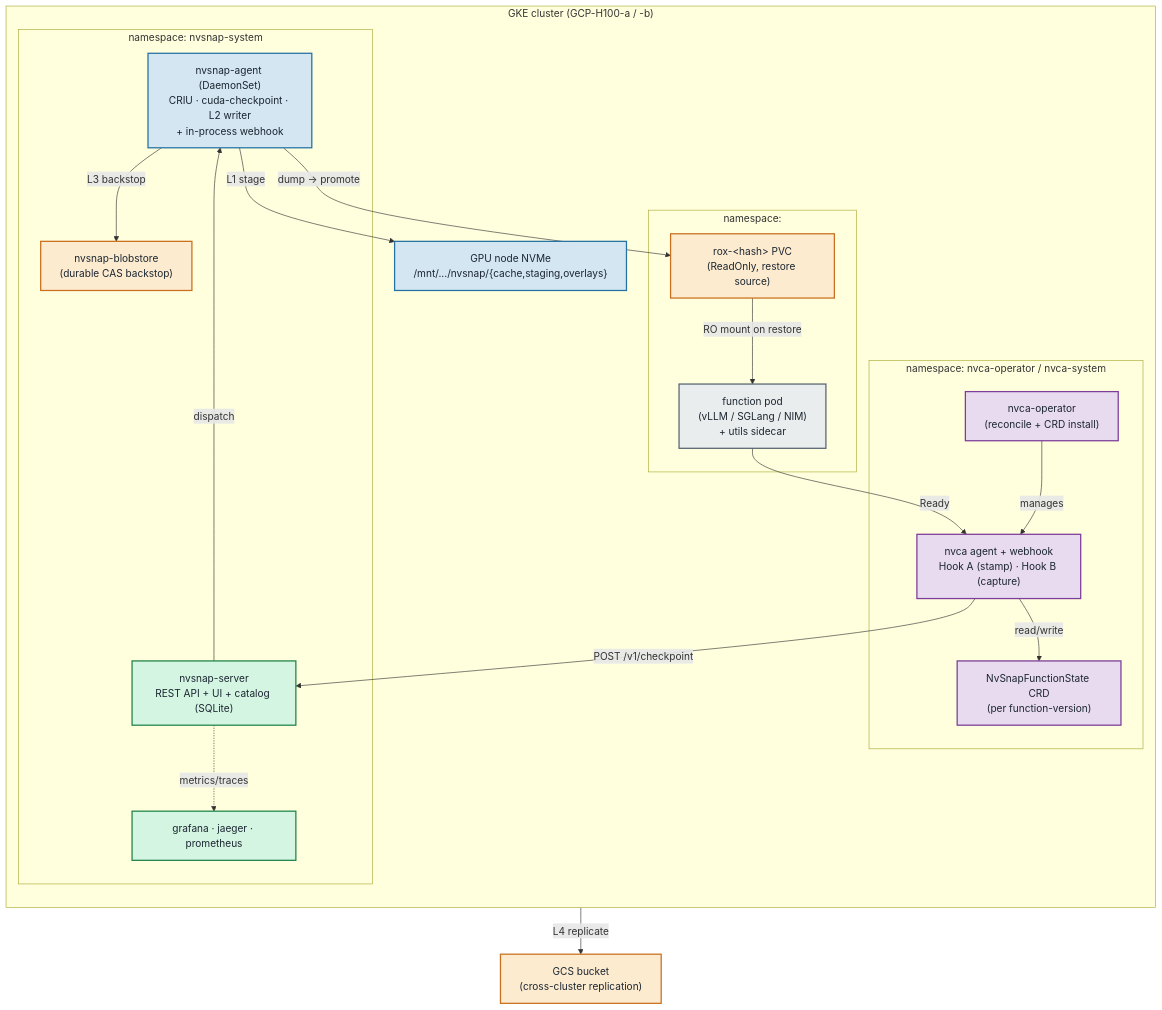
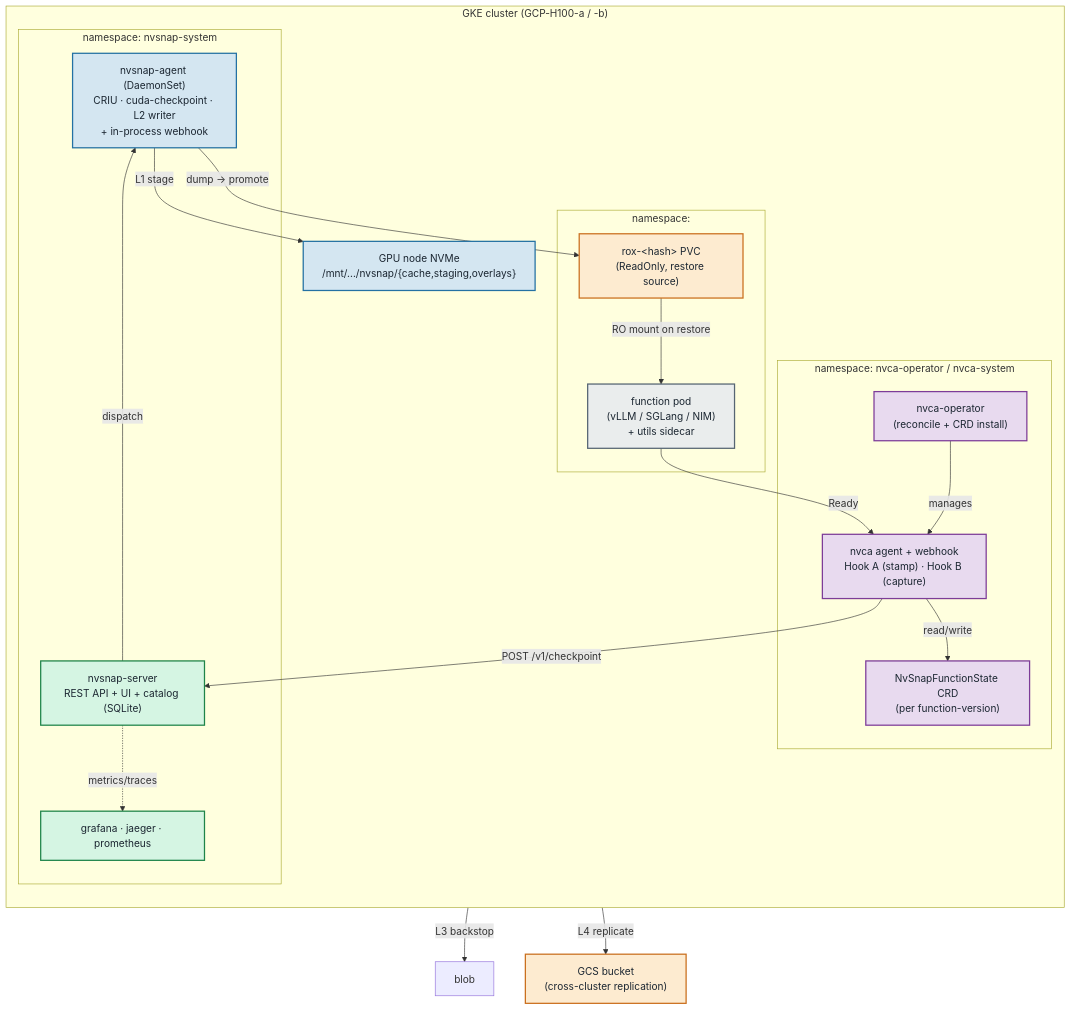
The first of 6 diagrams in src/compute-plane-services/nvsnap/docs/architecture/NVSNAP-ARCHITECTURE.md (NVIDIA/nvcf), drawn with Mermaid before and after one commit. The commit also changed other lines of this file and 42 other files, not shown here.

First line of the commit message:
refactor(nvsnap): remove the blobstore tier

````diff
--- a/src/compute-plane-services/nvsnap/docs/architecture/NVSNAP-ARCHITECTURE.md
+++ b/src/compute-plane-services/nvsnap/docs/architecture/NVSNAP-ARCHITECTURE.md
@@ -22,41 +22,40 @@
 ```mermaid
 flowchart TB
     subgraph cluster["GKE cluster (GCP-H100-a / -b)"]
         direction TB
         subgraph wl["namespace: <your workload namespace>"]
             fpod["function pod<br/>(vLLM / SGLang / NIM)<br/>+ utils sidecar"]:::ext
             rox["rox-&lt;hash&gt; PVC<br/>(ReadOnly, restore source)"]:::store
         end
         subgraph nvca["namespace: nvca-operator / nvca-system"]
             op["nvca-operator<br/>(reconcile + CRD install)"]:::nvca
             agentw["nvca agent + webhook<br/>Hook A (stamp) · Hook B (capture)"]:::nvca
             cfs["NvSnapFunctionState CRD<br/>(per function-version)"]:::nvca
         end
         subgraph sys["namespace: nvsnap-system"]
             ds["nvsnap-agent (DaemonSet)<br/>CRIU · cuda-checkpoint · L2 writer<br/>+ in-process webhook"]:::agent
             srv["nvsnap-server<br/>REST API + UI + catalog (SQLite)"]:::cp
-            blob["nvsnap-blobstore<br/>(durable CAS backstop)"]:::store
             obs["grafana · jaeger · prometheus"]:::cp
         end
         node["GPU node NVMe<br/>/mnt/.../nvsnap/{cache,staging,overlays}"]:::agent
     end
     gcs["GCS bucket<br/>(cross-cluster replication)"]:::store
 
     fpod -- "Ready" --> agentw
     agentw -- "POST /v1/checkpoint" --> srv
     srv -- "dispatch" --> ds
     ds -- "dump → promote" --> rox
     ds -- "L1 stage" --> node
     ds -- "L3 backstop" --> blob
     ds -- "L4 replicate" --> gcs
     agentw -- "read/write" --> cfs
     op -- "manages" --> agentw
     rox -- "RO mount on restore" --> fpod
     srv -. "metrics/traces" .-> obs
 
     classDef agent fill:#d4e6f1,stroke:#2471a3,stroke-width:2px,color:#1b2631;
     classDef cp    fill:#d5f5e3,stroke:#1e8449,stroke-width:2px,color:#1b2631;
     classDef store fill:#fdebd0,stroke:#ca6f1e,stroke-width:2px,color:#1b2631;
     classDef nvca  fill:#e8daef,stroke:#7d3c98,stroke-width:2px,color:#1b2631;
     classDef ext   fill:#eaeded,stroke:#566573,stroke-width:2px,color:#1b2631;
 ```
````
